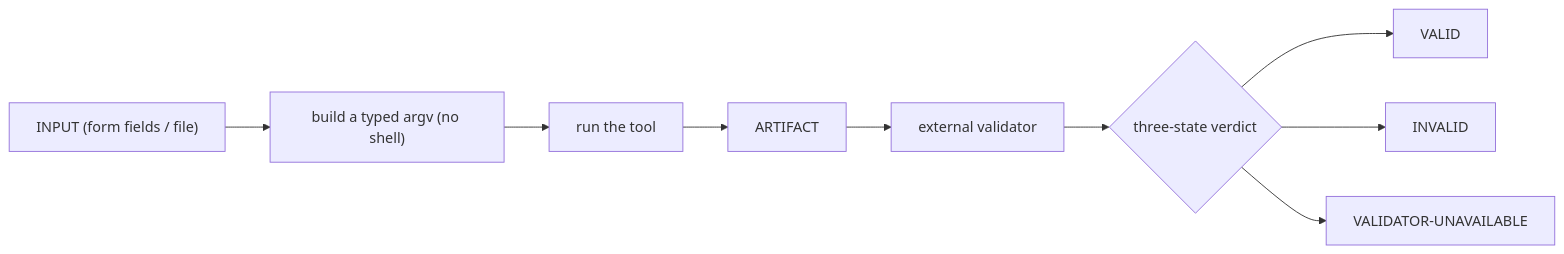
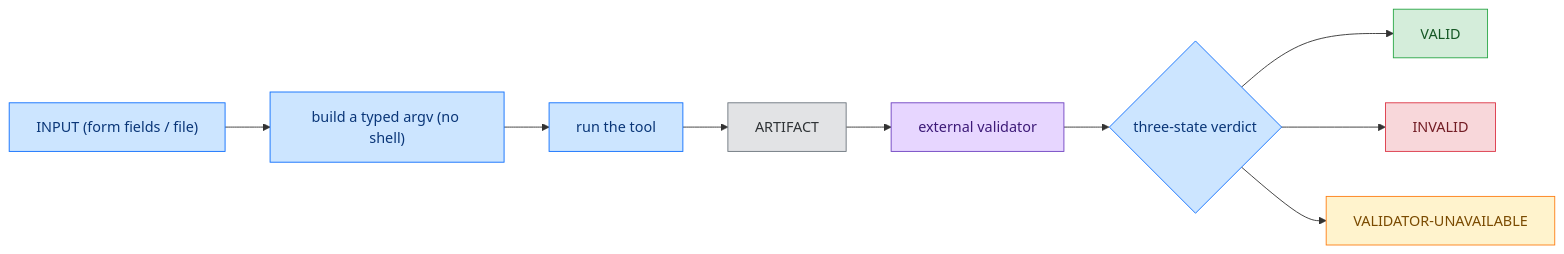
The first of 2 diagrams in README.md (paul007ex/breachsafe-ux), drawn with Mermaid before and after one commit. The commit also changed other lines of this file and 10 other files, not shown here.

First line of the commit message:
docs: add semantic colour to the Mermaid diagrams (#156)

````diff
--- a/README.md
+++ b/README.md
@@ -25,11 +25,23 @@
 ```mermaid
 flowchart LR
     input["INPUT (form fields / file)"] --> argv["build a typed argv (no shell)"]
     argv --> run["run the tool"]
     run --> artifact["ARTIFACT"]
     artifact --> validator["external validator"]
     validator --> verdict{"three-state verdict"}
     verdict --> valid["VALID"]
     verdict --> invalid["INVALID"]
     verdict --> unavail["VALIDATOR-UNAVAILABLE"]
+    classDef valid       fill:#d4edda,stroke:#28a745,color:#155724;
+    classDef invalid     fill:#f8d7da,stroke:#dc3545,color:#721c24;
+    classDef unavailable fill:#fff3cd,stroke:#fd7e14,color:#7a4a00;
+    classDef process     fill:#cce5ff,stroke:#0d6efd,color:#0a3678;
+    classDef artifact    fill:#e2e3e5,stroke:#6c757d,color:#2f3336;
+    classDef external    fill:#e7d6ff,stroke:#6f42c1,color:#3d1a78;
+    class input,argv,run,verdict process;
+    class artifact artifact;
+    class validator external;
+    class valid valid;
+    class invalid invalid;
+    class unavail unavailable;
 ```
````
